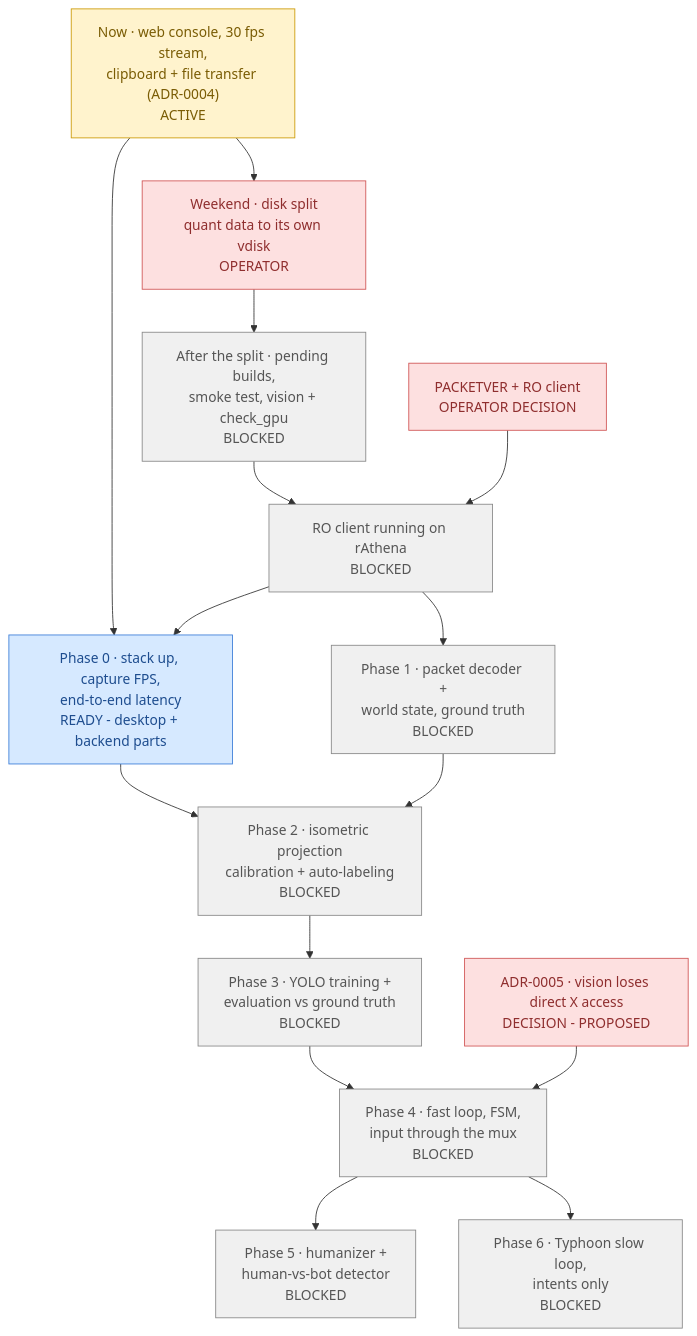
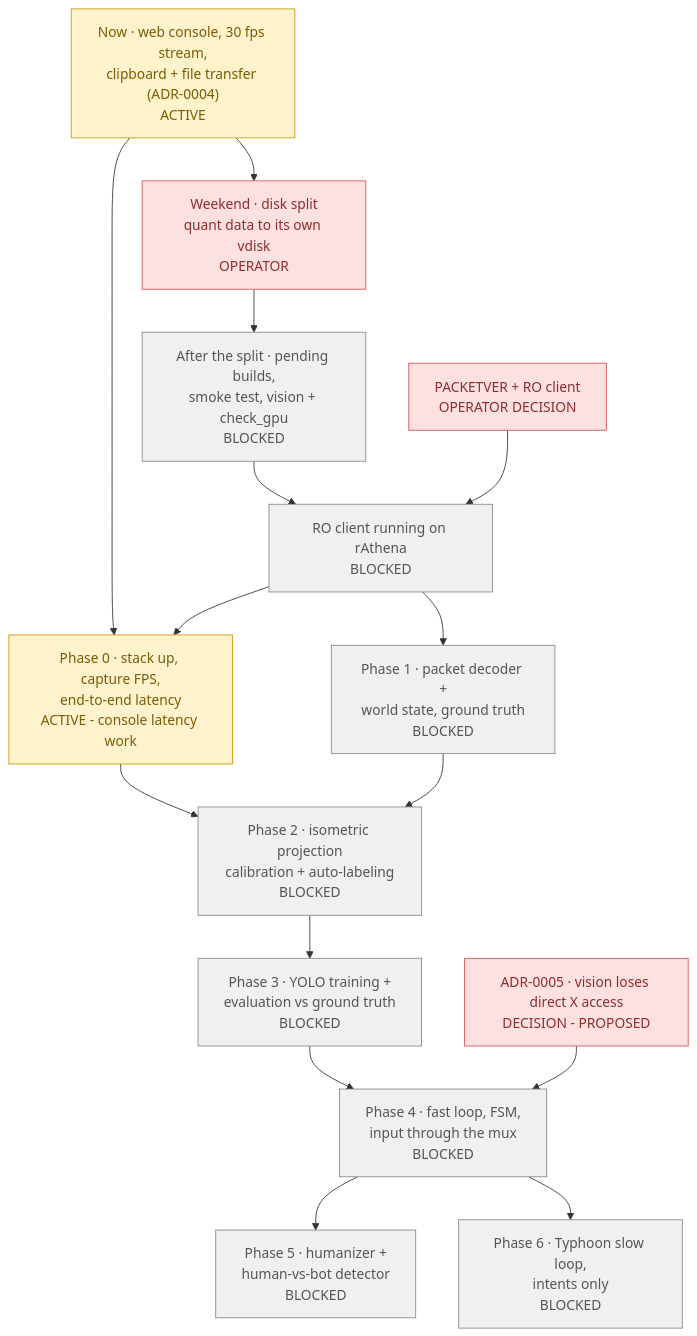
Before and after one commit to lumduan/poring-lab: the diagram in docs/ROADMAP.md, drawn with Mermaid. The commit also changed other lines of this file and 9 other files, not shown here.

First line of the commit message:
feat(backend): damage-driven capture is the default (Phase 0 result)

````diff
--- a/docs/ROADMAP.md
+++ b/docs/ROADMAP.md
@@ -11,40 +11,39 @@
 ```mermaid
 flowchart TD
     N1["Now · web console, 30 fps stream,<br/>clipboard + file transfer (ADR-0004)<br/>ACTIVE"]
     N2["Weekend · disk split<br/>quant data to its own vdisk<br/>OPERATOR"]
     N3["After the split · pending builds,<br/>smoke test, vision + check_gpu<br/>BLOCKED"]
     D1["PACKETVER + RO client<br/>OPERATOR DECISION"]
     S1["RO client running on rAthena<br/>BLOCKED"]
     D2["ADR-0005 · vision loses direct X access<br/>DECISION - PROPOSED"]
-    P0["Phase 0 · stack up, capture FPS,<br/>end-to-end latency<br/>READY - desktop + backend parts"]
+    P0["Phase 0 · stack up, capture FPS,<br/>end-to-end latency<br/>ACTIVE - console latency work"]
     P1["Phase 1 · packet decoder +<br/>world state, ground truth<br/>BLOCKED"]
     P2["Phase 2 · isometric projection<br/>calibration + auto-labeling<br/>BLOCKED"]
     P3["Phase 3 · YOLO training +<br/>evaluation vs ground truth<br/>BLOCKED"]
     P4["Phase 4 · fast loop, FSM,<br/>input through the mux<br/>BLOCKED"]
     P5["Phase 5 · humanizer +<br/>human-vs-bot detector<br/>BLOCKED"]
     P6["Phase 6 · Typhoon slow loop,<br/>intents only<br/>BLOCKED"]
 
     N1 --> N2 --> N3 --> S1
     D1 --> S1
     N1 --> P0
     S1 --> P0
     S1 --> P1
     P0 --> P2
     P1 --> P2
     P2 --> P3 --> P4
     D2 --> P4
     P4 --> P5
     P4 --> P6
 
     classDef done     fill:#d4f4dd,stroke:#2d8a4e,color:#1a5c33
     classDef active   fill:#fff3cd,stroke:#cc9a06,color:#7a5c04
     classDef ready    fill:#d6e9ff,stroke:#3b7dd8,color:#1e4d8f
     classDef blocked  fill:#f0f0f0,stroke:#888,color:#555
     classDef decision fill:#fde0e0,stroke:#d05555,color:#8f2e2e
     classDef goal     fill:#ede0fb,stroke:#8a5cd8,color:#4d2e8f
 
-    class N1 active
+    class N1,P0 active
     class N2,D1,D2 decision
-    class P0 ready
     class N3,S1,P1,P2,P3,P4,P5,P6 blocked
 ```
````
